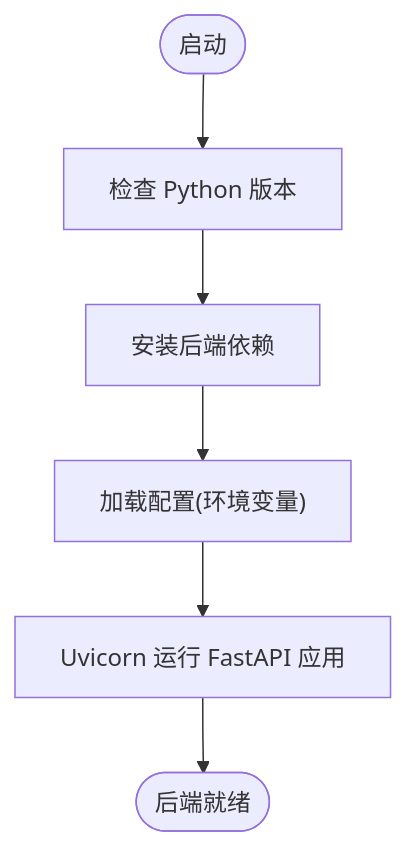
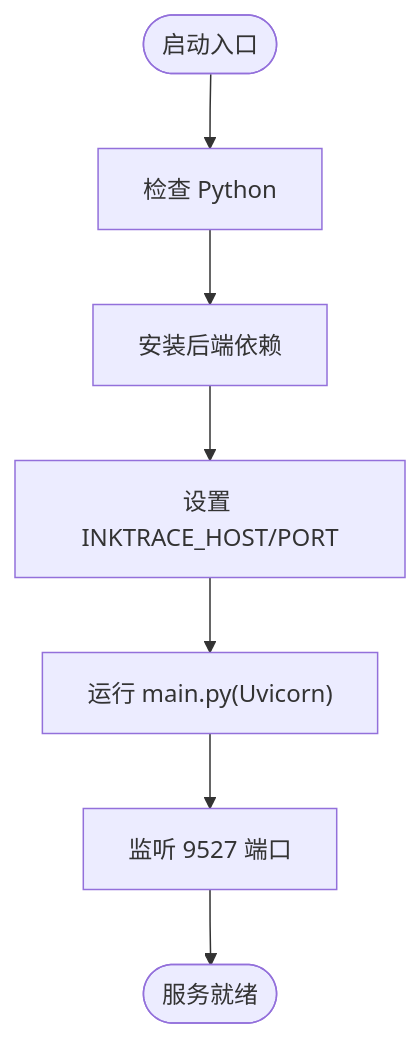
One commit to octsfm/InkTrace changed the third of 7 diagrams in .qoder/repowiki/zh/content/快速开始.md. Above: the diagram before and after it, drawn with Mermaid. The commit also changed other lines of this file and 179 other files, not shown here.

````diff
--- a/.qoder/repowiki/zh/content/快速开始.md
+++ b/.qoder/repowiki/zh/content/快速开始.md
@@ -165,8 +118,9 @@
 ```mermaid
 flowchart TD
-Start(["启动"]) --> CheckPy["检查 Python 版本"]
+Start(["启动入口"]) --> CheckPy["检查 Python"]
 CheckPy --> InstallDeps["安装后端依赖"]
-InstallDeps --> LoadCfg["加载配置(环境变量)"]
-LoadCfg --> RunUvicorn["Uvicorn 运行 FastAPI 应用"]
-RunUvicorn --> Ready(["后端就绪"])
+InstallDeps --> SetEnv["设置 INKTRACE_HOST/PORT"]
+SetEnv --> RunMain["运行 main.py(Uvicorn)"]
+RunMain --> Listen["监听 9527 端口"]
+Listen --> Ready(["服务就绪"])
 ```
````
